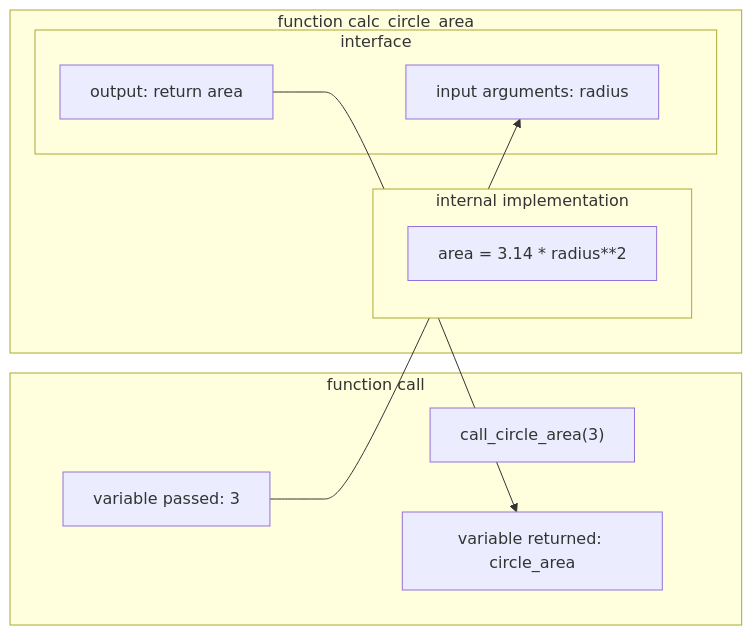
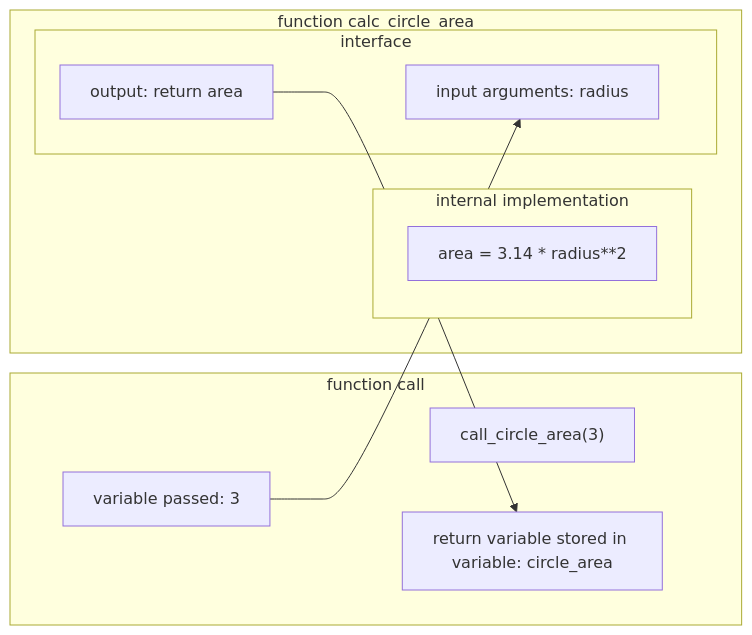
The first of 11 diagrams in quarto/procedural.qmd (JoseBlanca/programming_paradigms), drawn with Mermaid before and after one commit. The commit also changed other lines of this file and 3 other files, not shown here.

````diff
--- a/quarto/procedural.qmd
+++ b/quarto/procedural.qmd
@@ -63,20 +65,20 @@
 ```{mermaid}
 flowchart LR
     subgraph call[function call]
         call_["call_circle_area(3)"]
         variable_passed["variable passed: 3"]
-        variable_returned["variable returned: circle_area"]
+        variable_returned["return variable stored in variable: circle_area"]
     end
 
     subgraph function[function calc_circle_area]
         subgraph implementation_["internal implementation"]
             implementation[area = 3.14 * radius**2]
         end
         subgraph interface["interface"]
             input[input arguments: radius]
             output[output: return area]
         end
     end
     output ---> variable_returned
     variable_passed ---> input
 ```
````
